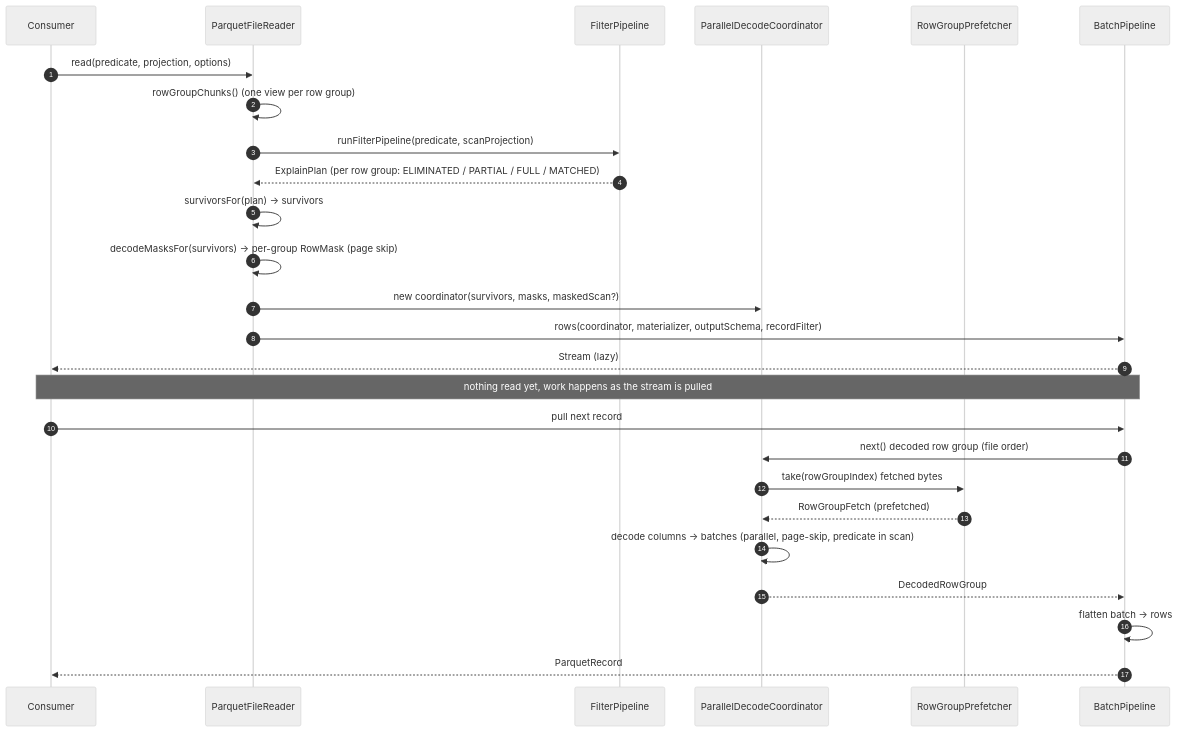
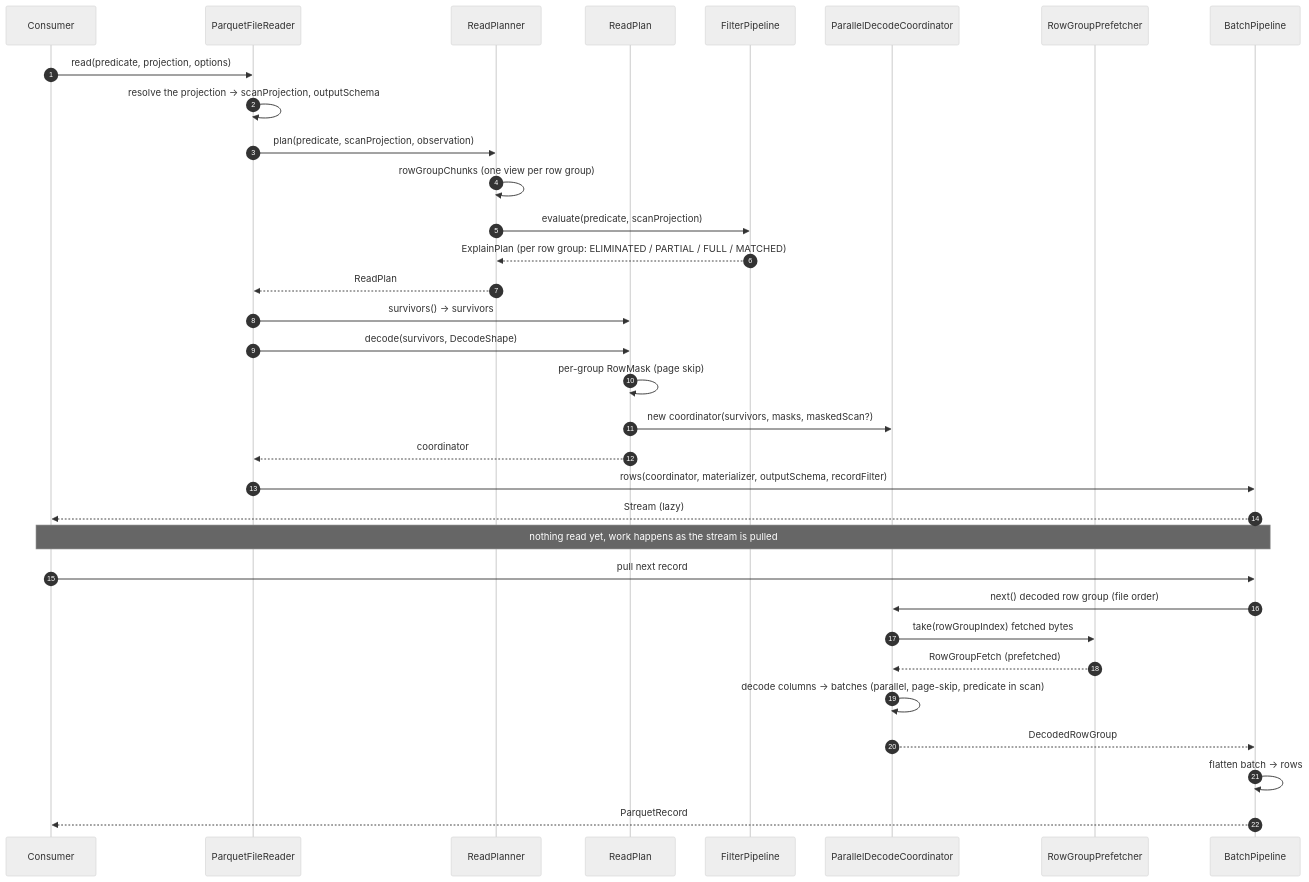
The third of 7 diagrams in docs/read-path.md (tileverse-io/parquetry), drawn with Mermaid (neutral theme) before and after one commit. The commit also changed other lines of this file and 7 other files, not shown here.

First line of the commit message:
refactor: assemble the decode of a query from its read plan

````diff
--- a/docs/read-path.md
+++ b/docs/read-path.md
@@ -91,31 +91,38 @@
 ```mermaid
 sequenceDiagram
     autonumber
     participant C as Consumer
     participant R as ParquetFileReader
+    participant RP as ReadPlanner
+    participant P as ReadPlan
     participant FP as FilterPipeline
     participant DC as ParallelDecodeCoordinator
     participant PF as RowGroupPrefetcher
     participant BP as BatchPipeline
 
     C->>R: read(predicate, projection, options)
-    R->>R: rowGroupChunks() (one view per row group)
-    R->>FP: runFilterPipeline(predicate, scanProjection)
-    FP-->>R: ExplainPlan (per row group: ELIMINATED / PARTIAL / FULL / MATCHED)
-    R->>R: survivorsFor(plan) -> survivors
-    R->>R: decodeMasksFor(survivors) -> per-group RowMask (page skip)
-    R->>DC: new coordinator(survivors, masks, maskedScan?)
+    R->>R: resolve the projection -> scanProjection, outputSchema
+    R->>RP: plan(predicate, scanProjection, observation)
+    RP->>RP: rowGroupChunks (one view per row group)
+    RP->>FP: evaluate(predicate, scanProjection)
+    FP-->>RP: ExplainPlan (per row group: ELIMINATED / PARTIAL / FULL / MATCHED)
+    RP-->>R: ReadPlan
+    R->>P: survivors() -> survivors
+    R->>P: decode(survivors, DecodeShape)
+    P->>P: per-group RowMask (page skip)
+    P->>DC: new coordinator(survivors, masks, maskedScan?)
+    P-->>R: coordinator
     R->>BP: rows(coordinator, materializer, outputSchema, recordFilter)
     BP-->>C: Stream (lazy)
 
     Note over C,BP: nothing read yet, work happens as the stream is pulled
 
     C->>BP: pull next record
     BP->>DC: next() decoded row group (file order)
     DC->>PF: take(rowGroupIndex) fetched bytes
     PF-->>DC: RowGroupFetch (prefetched)
     DC->>DC: decode columns -> batches (parallel, page-skip, predicate in scan)
     DC-->>BP: DecodedRowGroup
     BP->>BP: flatten batch -> rows
     BP-->>C: ParquetRecord
 ```
````
